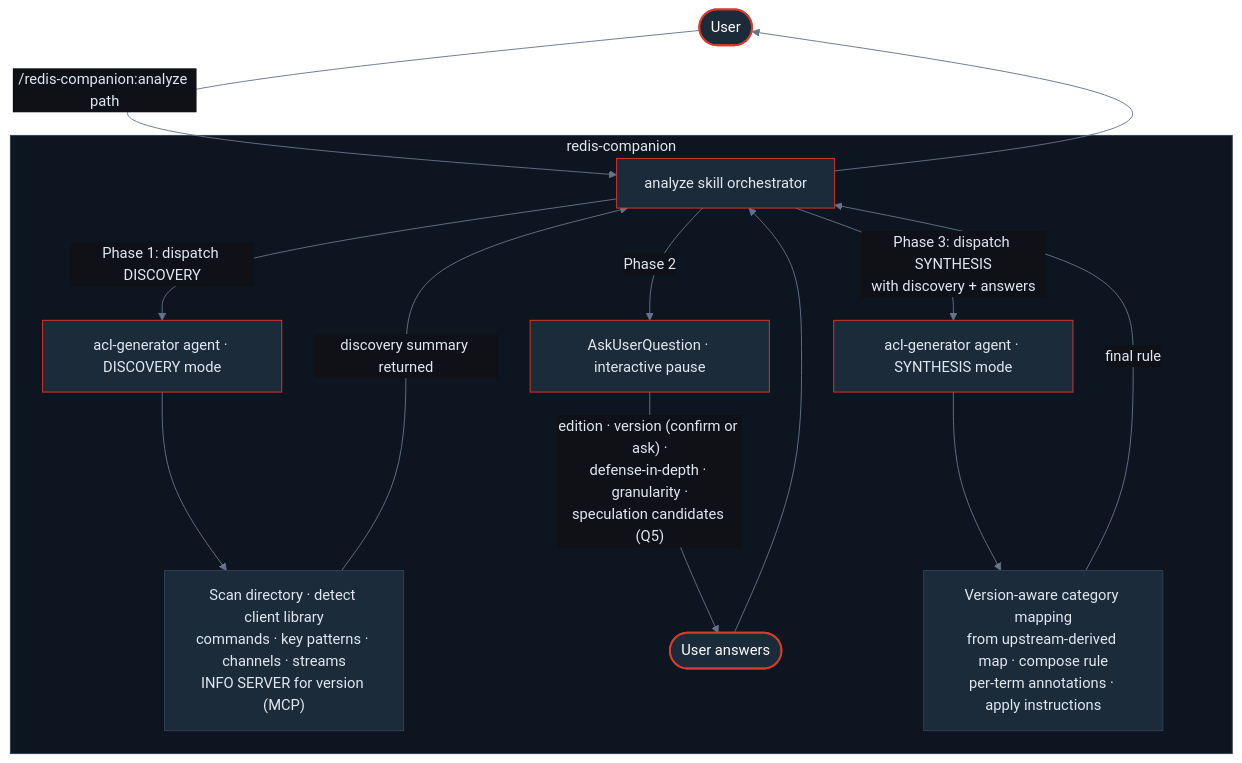
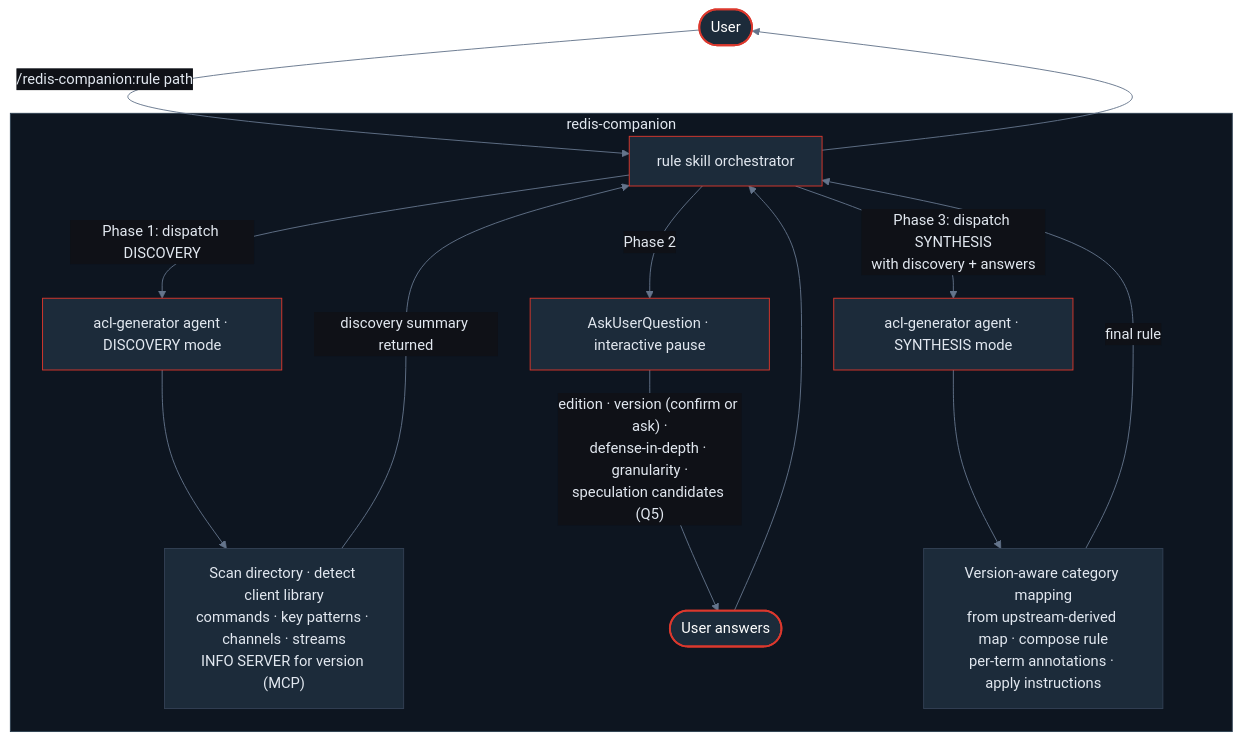
One commit to mjtrapani/redis-companion changed the diagram in README.md. Above: the diagram before and after it, drawn with Mermaid. The commit also changed other lines of this file and 11 other files, not shown here.

First line of the commit message:
refactor: rename skills (analyze -> rule, redis-acl-patterns -> acl-reference) and hide reference from slash menu

````diff
--- a/README.md
+++ b/README.md
@@ -113,25 +113,25 @@
 ```mermaid
 %%{init: {'theme': 'base', 'themeVariables': {'background': '#0f1117', 'primaryColor': '#1c2b3a', 'primaryTextColor': '#e2e8f0', 'primaryBorderColor': '#334155', 'lineColor': '#64748b', 'secondaryColor': '#1c2b3a', 'tertiaryColor': '#0d1520', 'clusterBkg': '#0d1520', 'clusterBorder': '#2d3f50', 'titleColor': '#e2e8f0', 'edgeLabelBackground': '#0f1117'}}}%%
 flowchart TD
     classDef entry  fill:#1c2b3a,stroke:#DC382D,stroke-width:2px,color:#fff
     classDef red    fill:#1c2b3a,stroke:#DC382D,stroke-width:1px,color:#e2e8f0
     classDef node   fill:#1c2b3a,stroke:#334155,color:#e2e8f0
     classDef gate   fill:#0d1520,stroke:#334155,color:#cbd5e1
 
-    U([User]):::entry -->|"/redis-companion:analyze path"| S
+    U([User]):::entry -->|"/redis-companion:rule path"| S
 
     subgraph P["redis-companion"]
-        S[analyze skill orchestrator]:::red
+        S[rule skill orchestrator]:::red
         S -->|"Phase 1: dispatch DISCOVERY"| A1[acl-generator agent · DISCOVERY mode]:::red
         A1 --> SCAN["Scan directory · detect client library\ncommands · key patterns · channels · streams\nINFO SERVER for version (MCP)"]:::node
         SCAN -->|"discovery summary returned"| S
         S -->|"Phase 2"| ASK[AskUserQuestion · interactive pause]:::red
         ASK -->|"edition · version (confirm or ask) ·\ndefense-in-depth · granularity ·\nspeculation candidates (Q5)"| USER([User answers]):::entry
         USER --> S
         S -->|"Phase 3: dispatch SYNTHESIS\nwith discovery + answers"| A2[acl-generator agent · SYNTHESIS mode]:::red
         A2 --> SYNTH["Version-aware category mapping\nfrom upstream-derived map · compose rule\nper-term annotations · apply instructions"]:::node
         SYNTH -->|"final rule"| S
     end
 
     S --> U
 ```
````
